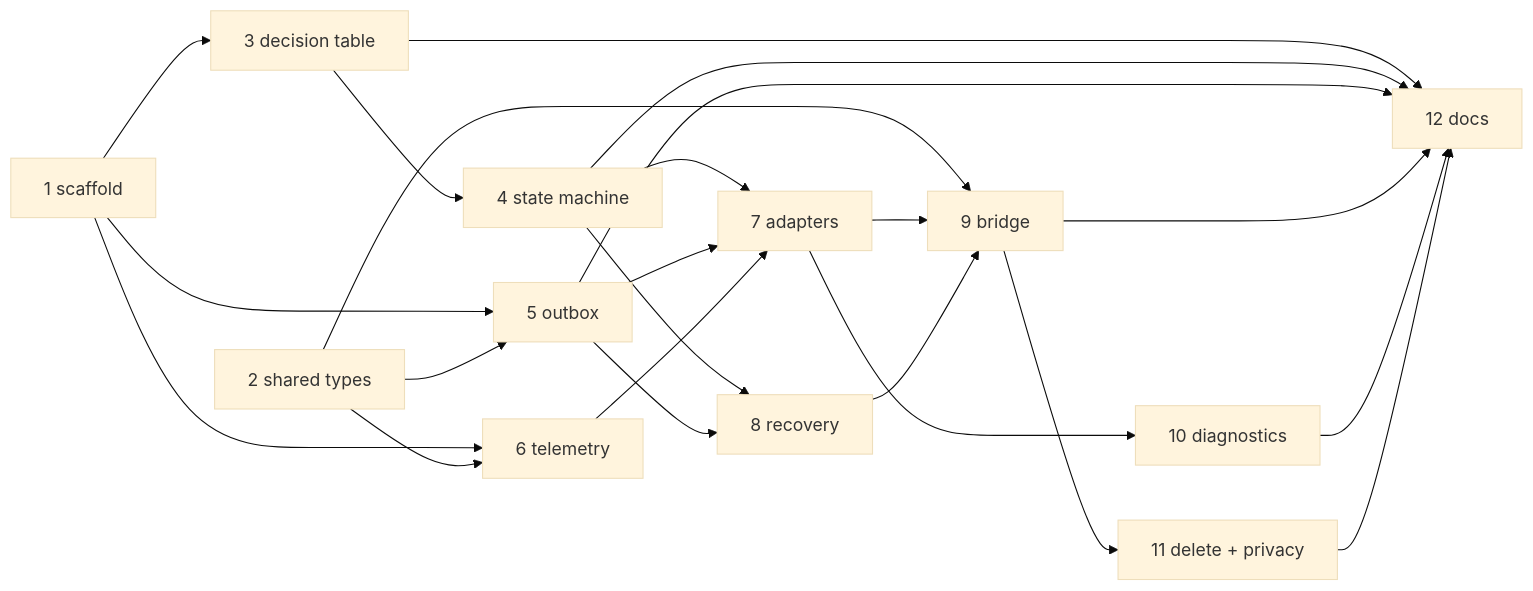
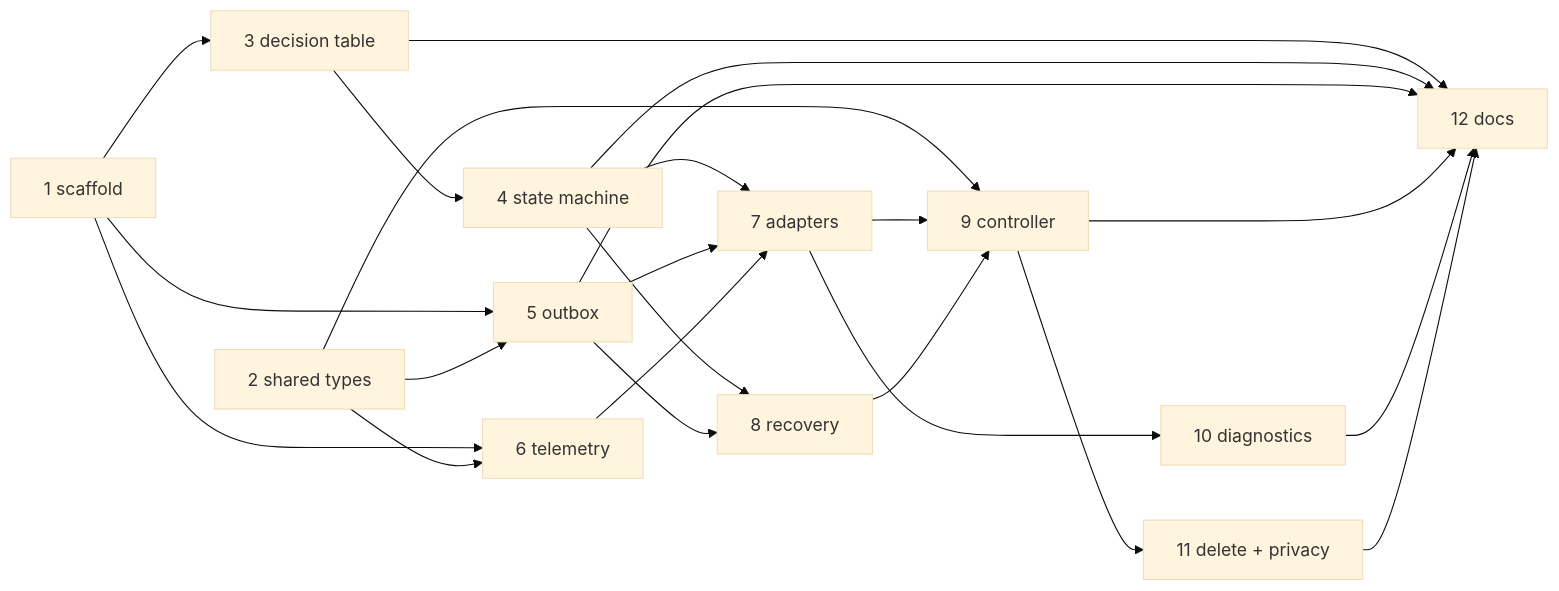
One commit to 3akare/outage changed the diagram in .kiro/specs/sensor-android/tasks.md. Above: the diagram before and after it, drawn with Mermaid (base theme). The commit also changed other lines of this file and 108 other files, not shown here.

````diff
--- a/.kiro/specs/sensor-android/tasks.md
+++ b/.kiro/specs/sensor-android/tasks.md
@@ -66,25 +66,25 @@
 ```mermaid
 graph LR
     T1[1 scaffold] --> T3[3 decision table]
     T1 --> T5[5 outbox]
     T1 --> T6[6 telemetry]
     T2[2 shared types] --> T5
     T2 --> T6
     T2 --> T9
     T3 --> T4[4 state machine]
     T4 --> T7[7 adapters]
     T5 --> T7
     T6 --> T7
     T4 --> T8[8 recovery]
     T5 --> T8
-    T7 --> T9[9 bridge]
+    T7 --> T9[9 controller]
     T8 --> T9
     T7 --> T10[10 diagnostics]
     T9 --> T11[11 delete + privacy]
     T3 --> T12[12 docs]
     T4 --> T12
     T5 --> T12
     T9 --> T12
     T10 --> T12
     T11 --> T12
 ```
````
